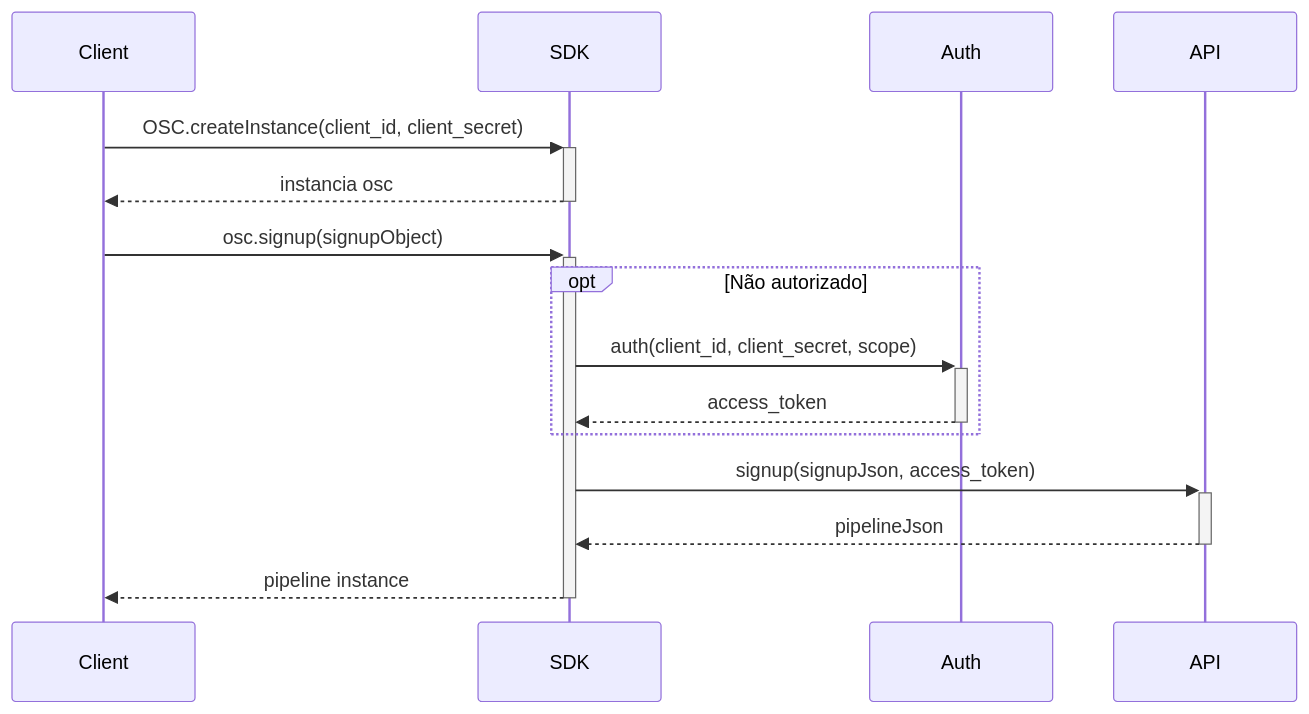
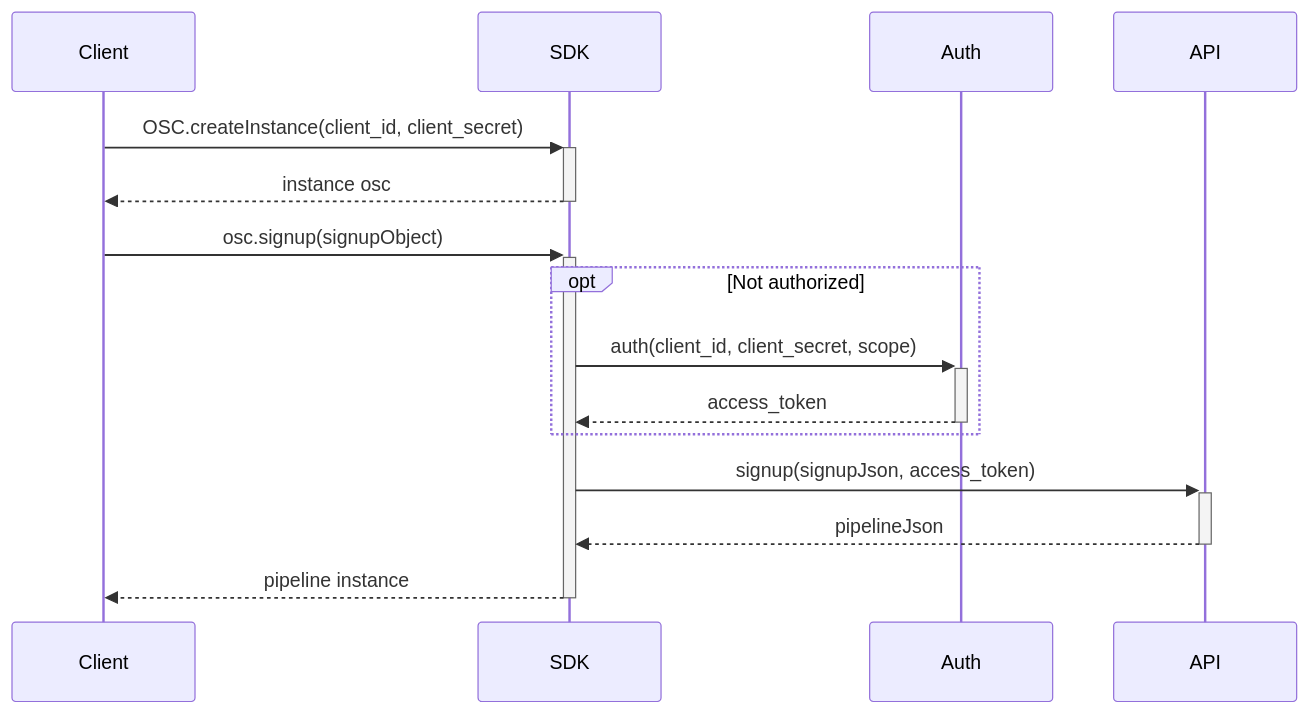
Before and after one commit to Fitbank-Pagamentos-Eletronicos/osc-sdk-nodejs: the diagram in README.md, drawn with Mermaid.

Commit message:
docs: formatando para ingles

````diff
--- a/README.md
+++ b/README.md
@@ -113,19 +113,19 @@
 ```mermaid
 sequenceDiagram
     participant Client
     participant SDK
     participant Auth
     participant API
 
     Client->>+SDK: OSC.createInstance(client_id, client_secret)
-    SDK-->>-Client: instancia osc
+    SDK-->>-Client: instance osc
 
     Client->>+SDK: osc.signup(signupObject)
-        opt Não autorizado
+        opt Not authorized
             SDK->>+Auth: auth(client_id, client_secret, scope)
             Auth-->>-SDK: access_token
         end
         SDK->>+API: signup(signupJson, access_token)
         API-->>-SDK: pipelineJson
     SDK-->>-Client: pipeline instance
 ```
````
